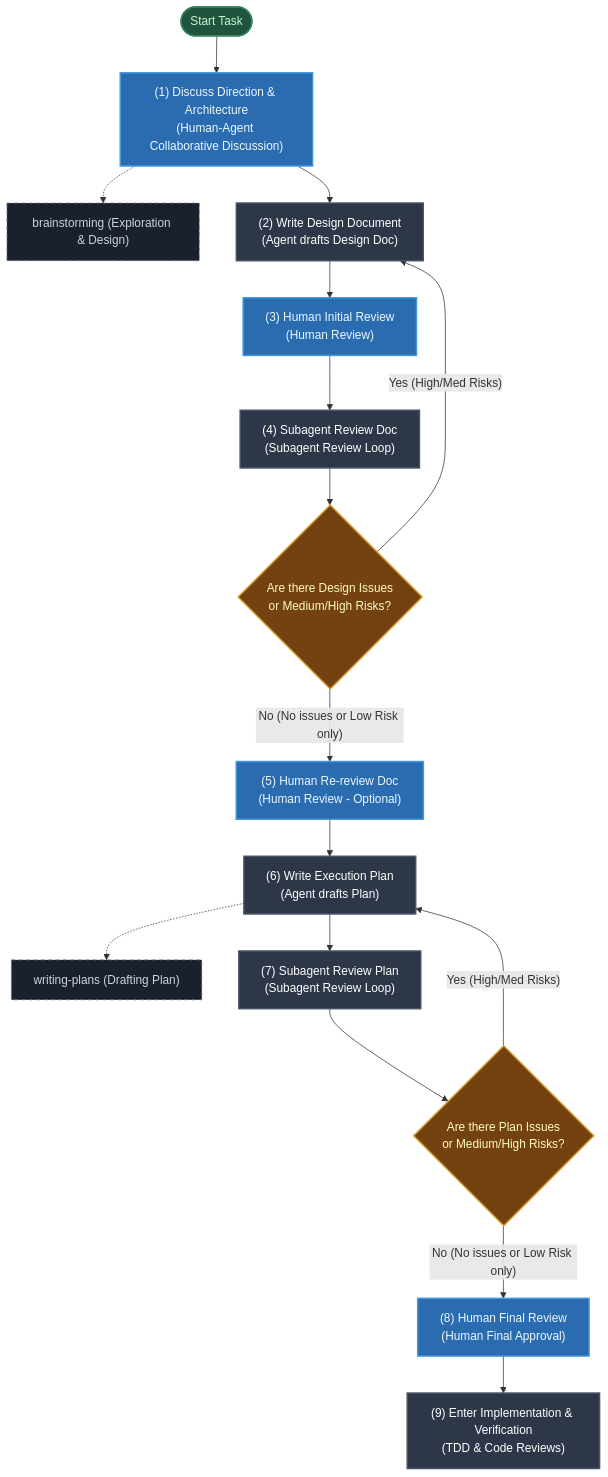
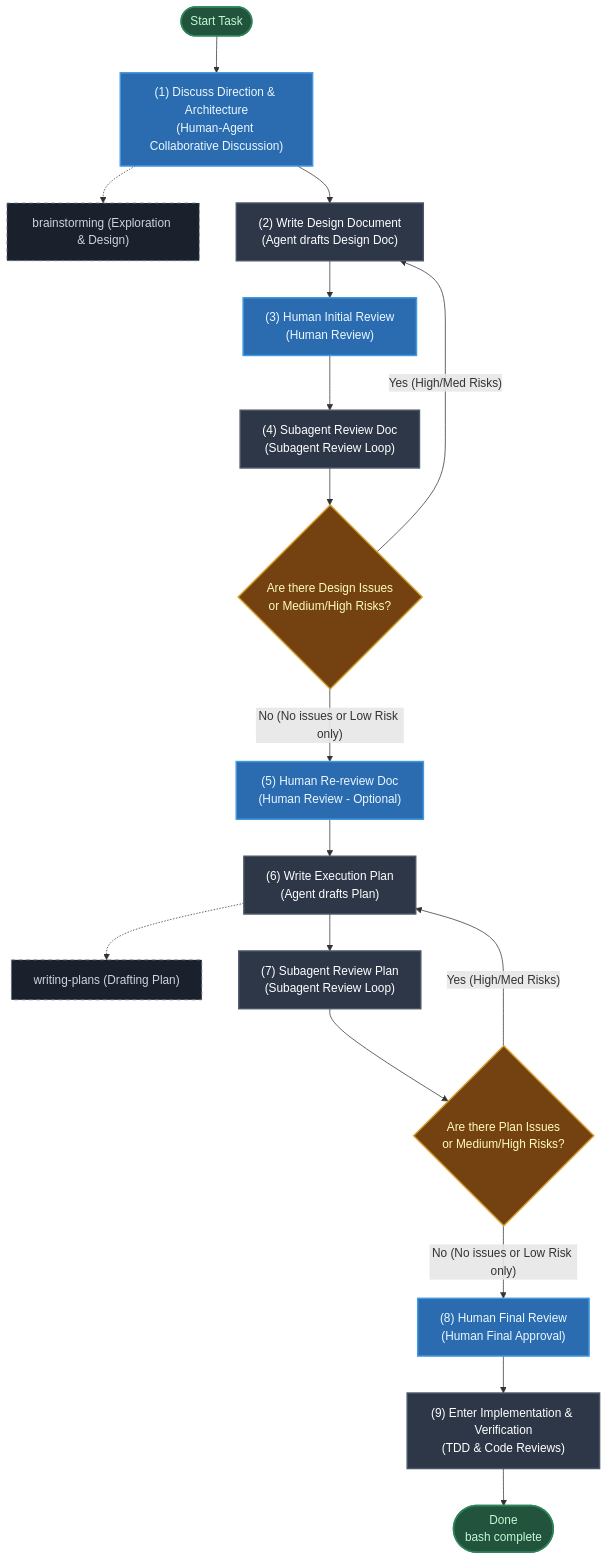
Before and after one commit to jerryyrliu-jpg/my-gemini-skills: the diagram in general-skills/human-agent-in-the-loop-development/SKILL.md, drawn with Mermaid. The commit also changed 1 other file, not shown here.

Commit message:
fix: resolve lock logic, make mktemp atomic and cross-platform, align SKILL.md flowchart with README.md

````diff
--- a/general-skills/human-agent-in-the-loop-development/SKILL.md
+++ b/general-skills/human-agent-in-the-loop-development/SKILL.md
@@ -26,55 +26,57 @@
 ```mermaid
 graph TD
   %% Style Definitions
   classDef startEnd fill:#22543d,stroke:#2f855a,stroke-width:2px,color:#c6f6d5;
   classDef phase fill:#2d3748,stroke:#4a5568,stroke-width:2px,color:#fff;
   classDef skill fill:#1a202c,stroke:#718096,stroke-dasharray: 5 5,stroke-width:1px,color:#cbd5e0;
   classDef decision fill:#744210,stroke:#d69e2e,stroke-width:2px,color:#fefcbf;
   classDef human fill:#2b6cb0,stroke:#4299e1,stroke-width:2px,color:#ebf8ff;
 
   %% Nodes
   Start([Start Task]):::startEnd
   
   DiscussPhase["(1) Discuss Direction & Architecture<br>(Human-Agent Collaborative Discussion)"]:::human
   Brainstorming["brainstorming (Exploration & Design)"]:::skill
   
   WriteDesignDoc["(2) Write Design Document<br>(Agent drafts Design Doc)"]:::phase
   
   HumanReviewDoc["(3) Human Initial Review<br>(Human Review)"]:::human
   
   SubagentReviewDoc["(4) Subagent Review Doc<br>(Subagent Review Loop)"]:::phase
   CheckDocIssues{"Are there Design Issues<br>or Medium/High Risks?"}:::decision
   
   HumanReviewDocOptional["(5) Human Re-review Doc<br>(Human Review - Optional)"]:::human
   
   WritePlan["(6) Write Execution Plan<br>(Agent drafts Plan)"]:::phase
   WritingPlans["writing-plans (Drafting Plan)"]:::skill
   
   SubagentReviewPlan["(7) Subagent Review Plan<br>(Subagent Review Loop)"]:::phase
   CheckPlanIssues{"Are there Plan Issues<br>or Medium/High Risks?"}:::decision
   
   HumanFinalReview["(8) Human Final Review<br>(Human Final Approval)"]:::human
   
   ImplementPhase["(9) Enter Implementation & Verification<br>(TDD & Code Reviews)"]:::phase
+  Done([Done<br>bash complete]):::startEnd
 
   %% Connections
   Start --> DiscussPhase
   DiscussPhase -.-> Brainstorming
   DiscussPhase --> WriteDesignDoc
   WriteDesignDoc --> HumanReviewDoc
   HumanReviewDoc --> SubagentReviewDoc
   SubagentReviewDoc --> CheckDocIssues
   
   CheckDocIssues -- "Yes (High/Med Risks)" --> WriteDesignDoc
   CheckDocIssues -- "No (No issues or Low Risk only)" --> HumanReviewDocOptional
   
   HumanReviewDocOptional --> WritePlan
   WritePlan -.-> WritingPlans
   WritePlan --> SubagentReviewPlan
   SubagentReviewPlan --> CheckPlanIssues
   
   CheckPlanIssues -- "Yes (High/Med Risks)" --> WritePlan
   CheckPlanIssues -- "No (No issues or Low Risk only)" --> HumanFinalReview
   
   HumanFinalReview --> ImplementPhase
+  ImplementPhase --> Done
 ```
````
